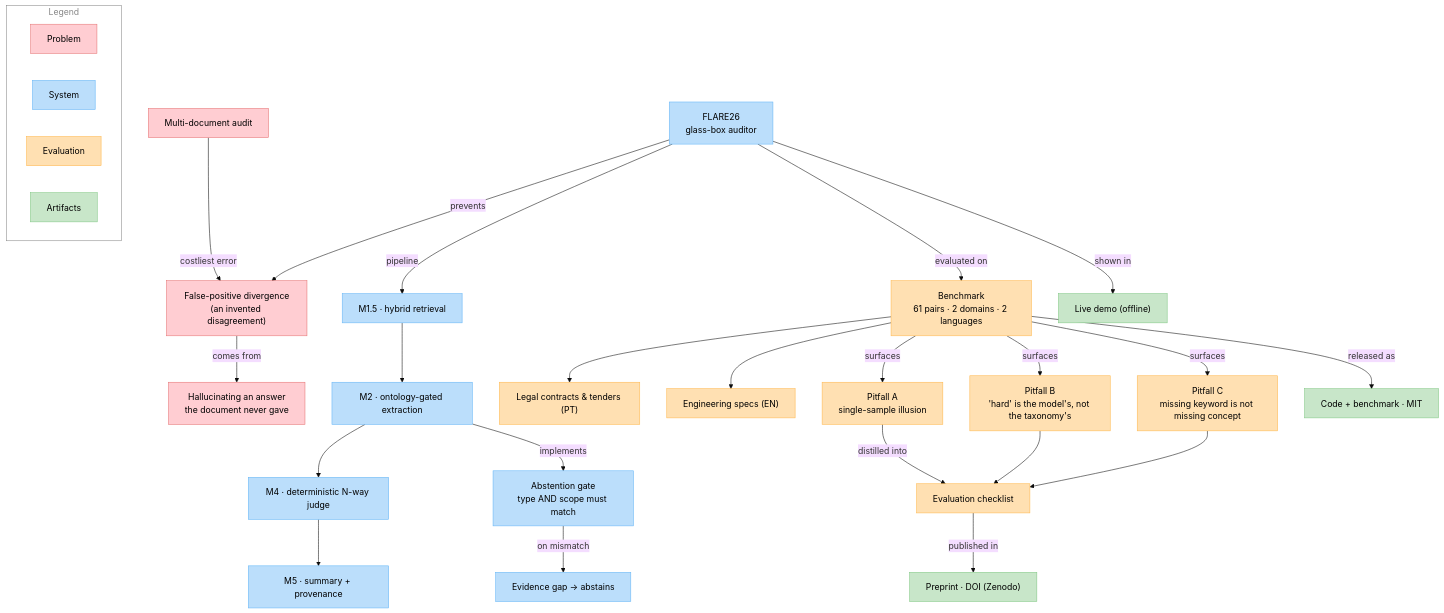
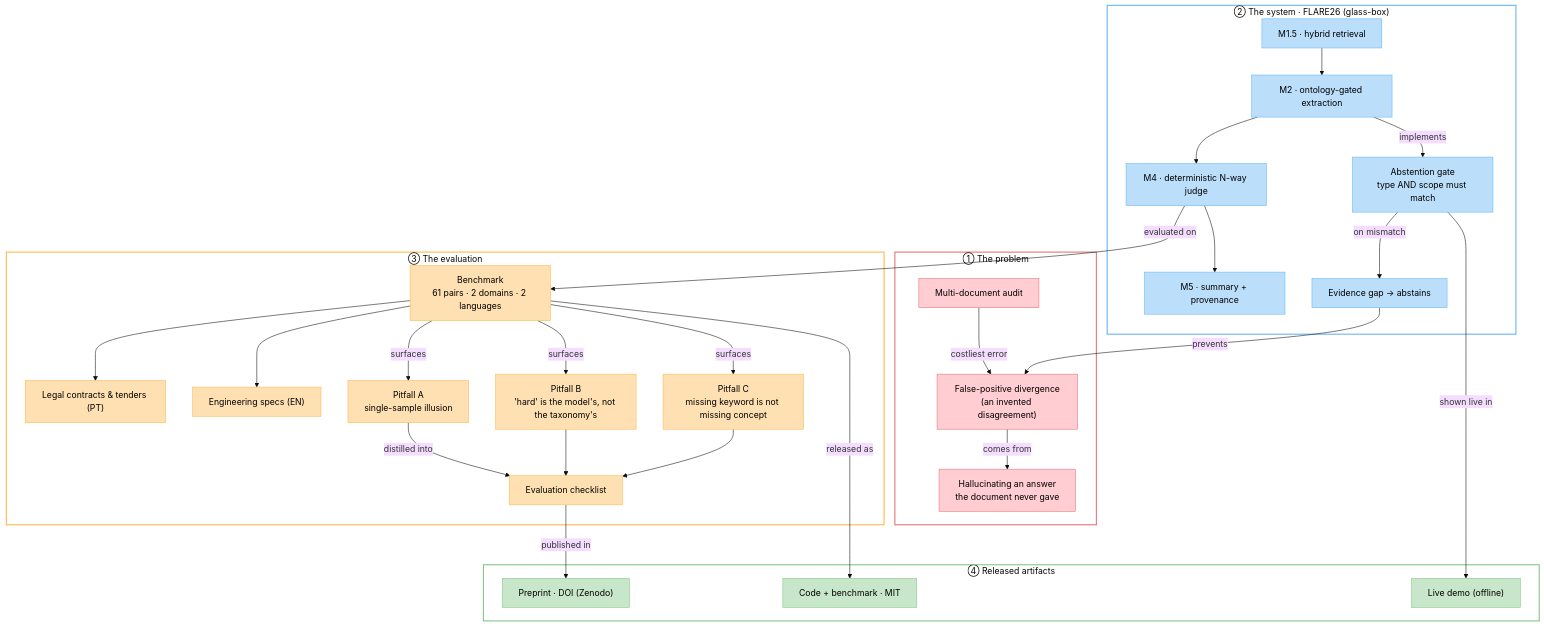
One commit to marcospaula/FLARE26-P1 changed the first of 3 diagrams in README.md. Above: the diagram before and after it, drawn with Mermaid (base theme). The commit also changed other lines of this file, not shown here.

Commit message:
docs(readme): Project map em 4 atos coloridos (storytelling) + título sem 'knowledge graph'
- grafo reestruturado em 4 clusters rotulados ①→④ (problema→sistema→avaliação
  →artefatos), narrativa top-down com arestas cruzadas nomeadas (o fio condutor).
- clusters auto-explicativos = legenda redundante REMOVIDA (resolve a posição da
  legenda de vez). Bordas coloridas + fundo transparente = dark-mode safe.
- título 'Project map (knowledge graph)' -> 'Project map' (menos jargão, mais
  honesto p/ um diagrama estático).

````diff
--- a/README.md
+++ b/README.md
@@ -30,47 +30,55 @@
 ```mermaid
 graph TD
-    AUD["Multi-document audit"] -->|costliest error| FPD["False-positive divergence<br/>(an invented disagreement)"]
-    FPD -->|comes from| HALL["Hallucinating an answer<br/>the document never gave"]
+    subgraph P["① The problem"]
+        AUD["Multi-document audit"] -->|costliest error| FPD["False-positive divergence<br/>(an invented disagreement)"]
+        FPD -->|comes from| HALL["Hallucinating an answer<br/>the document never gave"]
+    end
 
-    SYS["FLARE26<br/>glass-box auditor"] -->|prevents| FPD
-    SYS -->|pipeline| M15["M1.5 · hybrid retrieval"]
-    M15 --> M2["M2 · ontology-gated extraction"]
-    M2 --> M4["M4 · deterministic N-way judge"]
-    M4 --> M5["M5 · summary + provenance"]
-    M2 -->|implements| GATE["Abstention gate<br/>type AND scope must match"]
-    GATE -->|on mismatch| GAP["Evidence gap → abstains"]
+    subgraph S["② The system · FLARE26 (glass-box)"]
+        M15["M1.5 · hybrid retrieval"] --> M2["M2 · ontology-gated extraction"]
+        M2 --> M4["M4 · deterministic N-way judge"]
+        M4 --> M5["M5 · summary + provenance"]
+        M2 -->|implements| GATE["Abstention gate<br/>type AND scope must match"]
+        GATE -->|on mismatch| GAP["Evidence gap → abstains"]
+    end
 
-    SYS -->|evaluated on| BENCH["Benchmark<br/>61 pairs · 2 domains · 2 languages"]
-    BENCH --> LEGAL["Legal contracts &amp; tenders (PT)"]
-    BENCH --> ENG["Engineering specs (EN)"]
-    BENCH -->|surfaces| PA["Pitfall A<br/>single-sample illusion"]
-    BENCH -->|surfaces| PB["Pitfall B<br/>'hard' is the model's, not the taxonomy's"]
-    BENCH -->|surfaces| PC["Pitfall C<br/>missing keyword is not missing concept"]
-    PA -->|distilled into| CHK["Evaluation checklist"]
-    PB --> CHK
-    PC --> CHK
+    subgraph E["③ The evaluation"]
+        BENCH["Benchmark<br/>61 pairs · 2 domains · 2 languages"]
+        BENCH --> LEGAL["Legal contracts &amp; tenders (PT)"]
+        BENCH --> ENG["Engineering specs (EN)"]
+        BENCH -->|surfaces| PA["Pitfall A<br/>single-sample illusion"]
+        BENCH -->|surfaces| PB["Pitfall B<br/>'hard' is the model's, not the taxonomy's"]
+        BENCH -->|surfaces| PC["Pitfall C<br/>missing keyword is not missing concept"]
+        PA -->|distilled into| CHK["Evaluation checklist"]
+        PB --> CHK
+        PC --> CHK
+    end
 
-    CHK -->|published in| PAPER["Preprint · DOI (Zenodo)"]
-    BENCH -->|released as| CODE["Code + benchmark · MIT"]
-    SYS -->|shown in| DEMO["Live demo (offline)"]
+    subgraph A["④ Released artifacts"]
+        PAPER["Preprint · DOI (Zenodo)"]
+        CODE["Code + benchmark · MIT"]
+        DEMO["Live demo (offline)"]
+    end
 
-    subgraph LEGEND["Legend"]
-        direction LR
-        L1["Problem"]:::problem
-        L2["System"]:::system
-        L3["Evaluation"]:::eval
-        L4["Artifacts"]:::artifact
-    end
+    %% narrative across the four acts
+    GAP -->|prevents| FPD
+    M4 -->|evaluated on| BENCH
+    CHK -->|published in| PAPER
+    BENCH -->|released as| CODE
+    GATE -->|shown live in| DEMO
 
     classDef problem fill:#ffcdd2,stroke:#e57373,color:#000;
     classDef system fill:#bbdefb,stroke:#64b5f6,color:#000;
     classDef eval fill:#ffe0b2,stroke:#ffb74d,color:#000;
     classDef artifact fill:#c8e6c9,stroke:#81c784,color:#000;
     class AUD,FPD,HALL problem;
-    class SYS,M15,M2,M4,M5,GATE,GAP system;
+    class M15,M2,M4,M5,GATE,GAP system;
     class BENCH,LEGAL,ENG,PA,PB,PC,CHK eval;
     class PAPER,CODE,DEMO artifact;
 
-    %% legenda neutra (transparente + borda cinza) p/ funcionar em light e dark mode
-    style LEGEND fill:transparent,stroke:#888888,stroke-width:1px,color:#888888
+    %% cluster borders carry the layer color (self-legend); transparent fill = dark-mode safe
+    style P fill:transparent,stroke:#e57373,stroke-width:2px
+    style S fill:transparent,stroke:#64b5f6,stroke-width:2px
+    style E fill:transparent,stroke:#ffb74d,stroke-width:2px
+    style A fill:transparent,stroke:#81c784,stroke-width:2px
 ```
````
